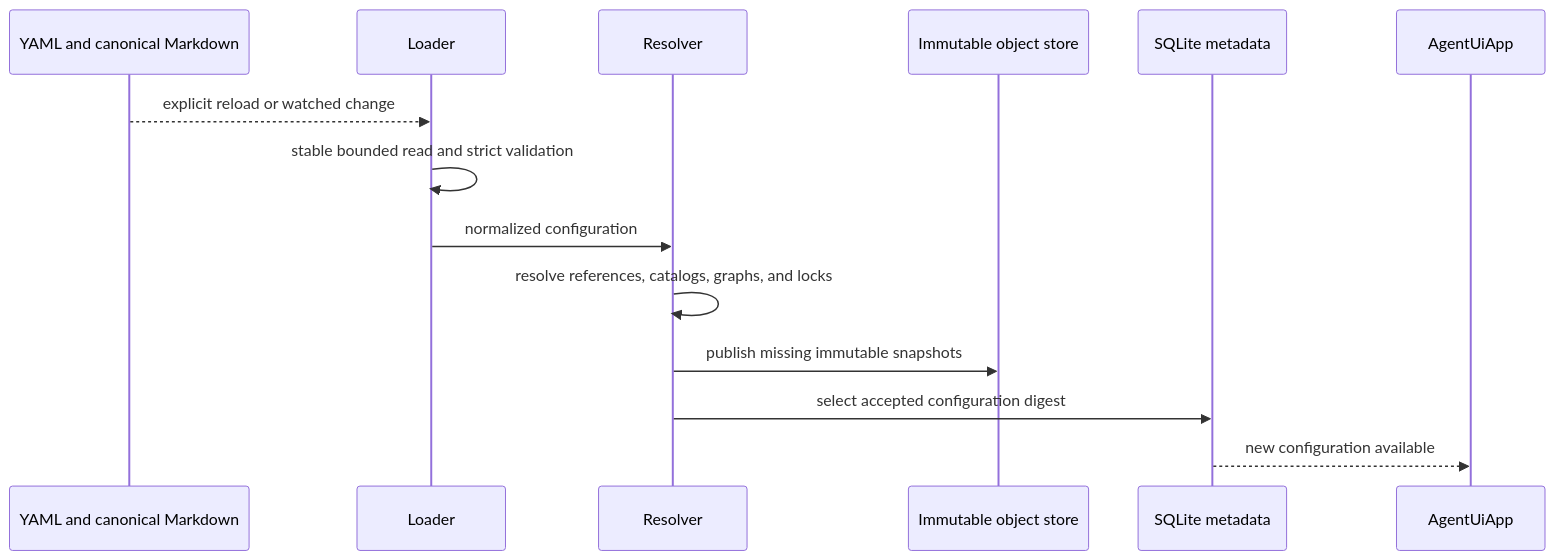
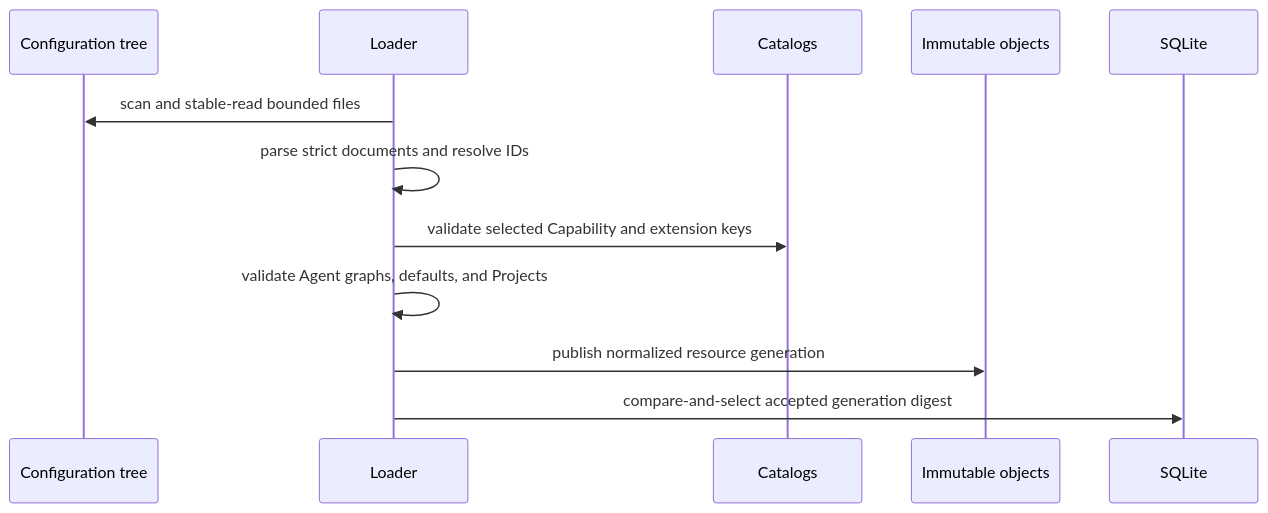
One commit to LTThreeComma/agent-foundation changed the diagram in spec/agent-ui/01-configuration-and-resource-catalog.md. Above: the diagram before and after it, drawn with Mermaid. The commit also changed other lines of this file and 17 other files, not shown here.

First line of the commit message:
docs(agent-ui): define local configuration and runtime model (#114)

````diff
--- a/spec/agent-ui/01-configuration-and-resource-catalog.md
+++ b/spec/agent-ui/01-configuration-and-resource-catalog.md
@@ -146,17 +83,15 @@
 ```mermaid
 sequenceDiagram
-    participant Files as YAML and canonical Markdown
+    participant Sources as Configuration tree
     participant Loader
-    participant Resolver
-    participant Objects as Immutable object store
-    participant DB as SQLite metadata
-    participant App as AgentUiApp
+    participant Catalogs
+    participant Objects as Immutable objects
+    participant DB as SQLite
 
-    Files-->>Loader: explicit reload or watched change
-    Loader->>Loader: stable bounded read and strict validation
-    Loader->>Resolver: normalized configuration
-    Resolver->>Resolver: resolve references, catalogs, graphs, and locks
-    Resolver->>Objects: publish missing immutable snapshots
-    Resolver->>DB: select accepted configuration digest
-    DB-->>App: new configuration available
+    Loader->>Sources: scan and stable-read bounded files
+    Loader->>Loader: parse strict documents and resolve IDs
+    Loader->>Catalogs: validate selected Capability and extension keys
+    Loader->>Loader: validate Agent graphs, defaults, and Projects
+    Loader->>Objects: publish normalized resource generation
+    Loader->>DB: compare-and-select accepted generation digest
 ```
````
